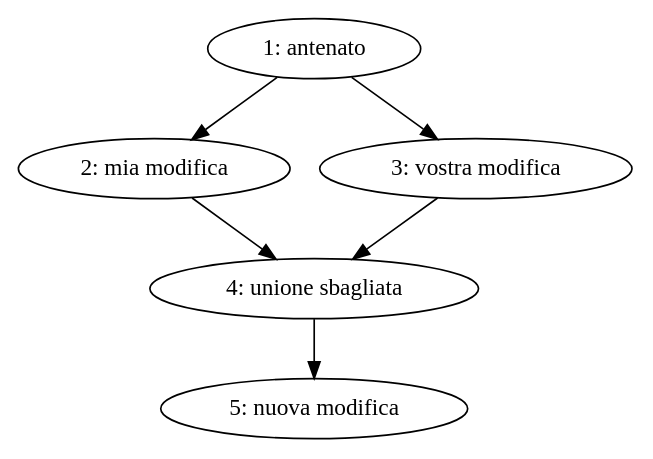
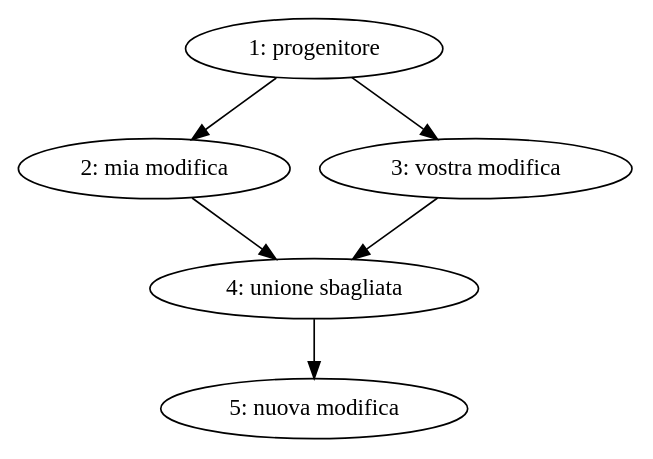
Before and after one commit to paugier/mercurial-book: the diagram in it/figs/bad-merge-1.dot, drawn with Graphviz. The commit also changed 5 other files, not shown here.

```diff
--- a/it/figs/bad-merge-1.dot
+++ b/it/figs/bad-merge-1.dot
@@ -1,13 +1,13 @@
 digraph bad_merge_1 {
-	ancestor [label="1: antenato"];
+	ancestor [label="1: progenitore"];
 	left [label="2: mia modifica"];
 	right [label="3: vostra modifica"];
 	bad [label="4: unione sbagliata"];
 	new [label="5: nuova modifica"];
 
 	ancestor -> left;
 	ancestor -> right;
 	left -> bad;
 	right -> bad;
 	bad -> new;
 }
```
